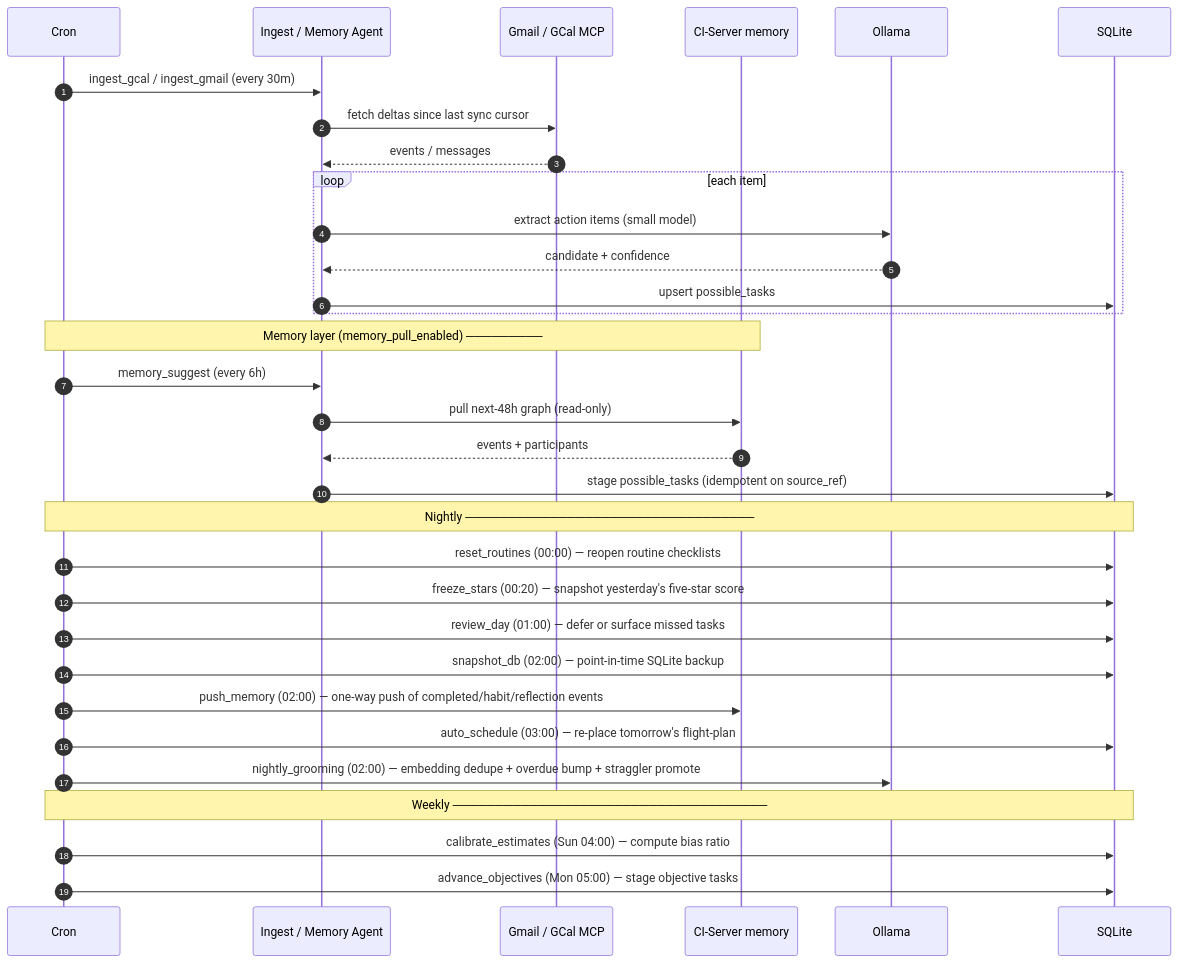
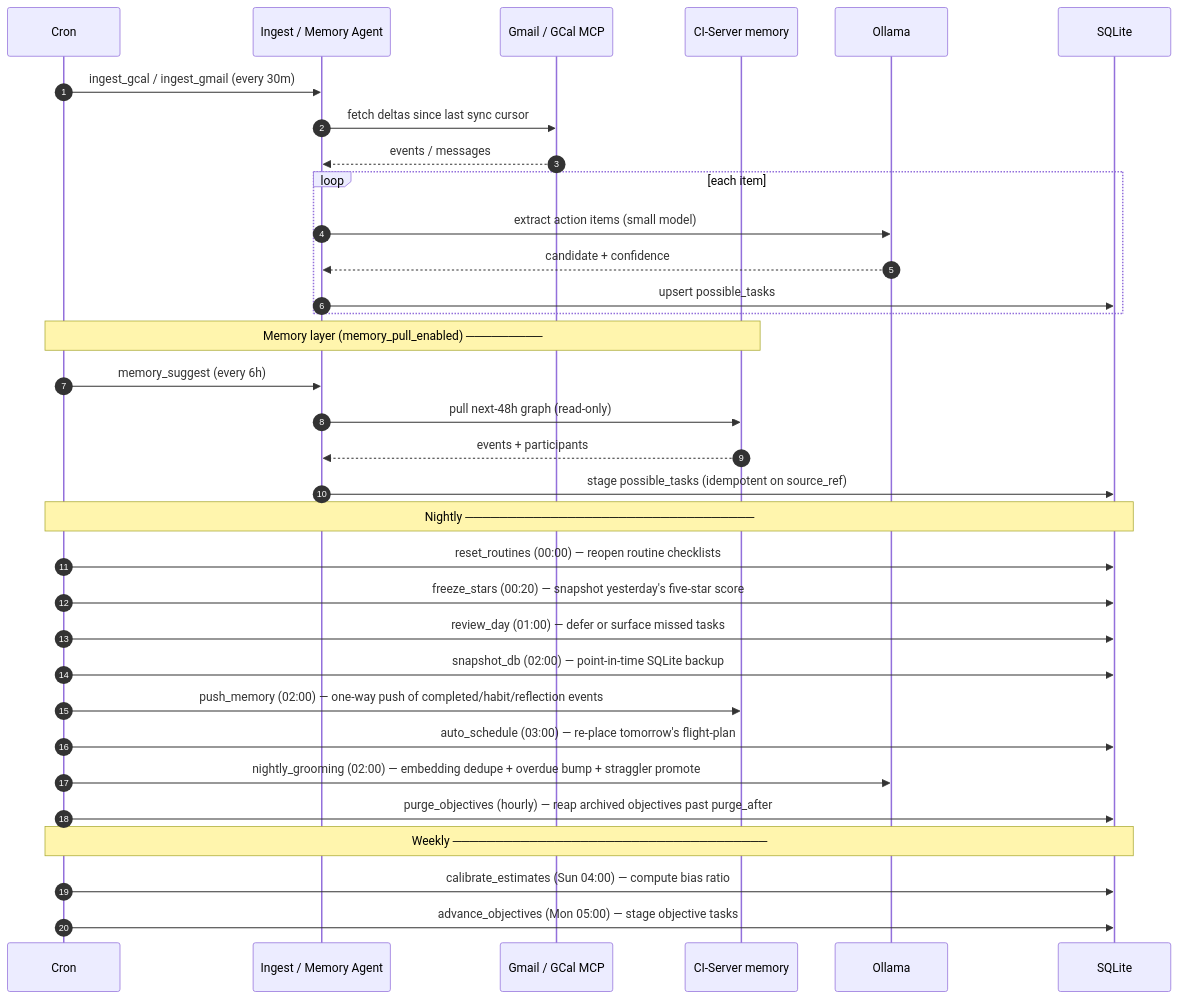
The third of 7 diagrams in ARCHITECTURE.md (companionintelligence/CI-Planning), drawn with Mermaid before and after one commit. The commit also changed other lines of this file and 3 other files, not shown here.

First line of the commit message:
docs: sync README / ARCHITECTURE / ROADMAP to migration head 0130

````diff
--- a/ARCHITECTURE.md
+++ b/ARCHITECTURE.md
@@ -248,38 +278,40 @@
 ```mermaid
 sequenceDiagram
     autonumber
     participant Cron
     participant Ing as Ingest / Memory Agent
     participant MCP as Gmail / GCal MCP
     participant Mem as CI-Server memory
     participant LLM as Ollama
     participant DB as SQLite
 
     Cron->>Ing: ingest_gcal / ingest_gmail (every 30m)
     Ing->>MCP: fetch deltas since last sync cursor
     MCP-->>Ing: events / messages
     loop each item
         Ing->>LLM: extract action items (small model)
         LLM-->>Ing: candidate + confidence
         Ing->>DB: upsert possible_tasks
     end
 
     Note over Cron,Mem: Memory layer (memory_pull_enabled) ─────────
     Cron->>Ing: memory_suggest (every 6h)
     Ing->>Mem: pull next-48h graph (read-only)
     Mem-->>Ing: events + participants
     Ing->>DB: stage possible_tasks (idempotent on source_ref)
 
     Note over Cron,DB: Nightly ──────────────────────────────────
     Cron->>DB: reset_routines (00:00) — reopen routine checklists
     Cron->>DB: freeze_stars (00:20) — snapshot yesterday's five-star score
     Cron->>DB: review_day (01:00) — defer or surface missed tasks
     Cron->>DB: snapshot_db (02:00) — point-in-time SQLite backup
     Cron->>Mem: push_memory (02:00) — one-way push of completed/habit/reflection events
     Cron->>DB: auto_schedule (03:00) — re-place tomorrow's flight-plan
     Cron->>LLM: nightly_grooming (02:00) — embedding dedupe + overdue bump + straggler promote
 
+    Cron->>DB: purge_objectives (hourly) — reap archived objectives past purge_after
+
     Note over Cron,DB: Weekly ─────────────────────────────────────
     Cron->>DB: calibrate_estimates (Sun 04:00) — compute bias ratio
     Cron->>DB: advance_objectives (Mon 05:00) — stage objective tasks
 ```
````
